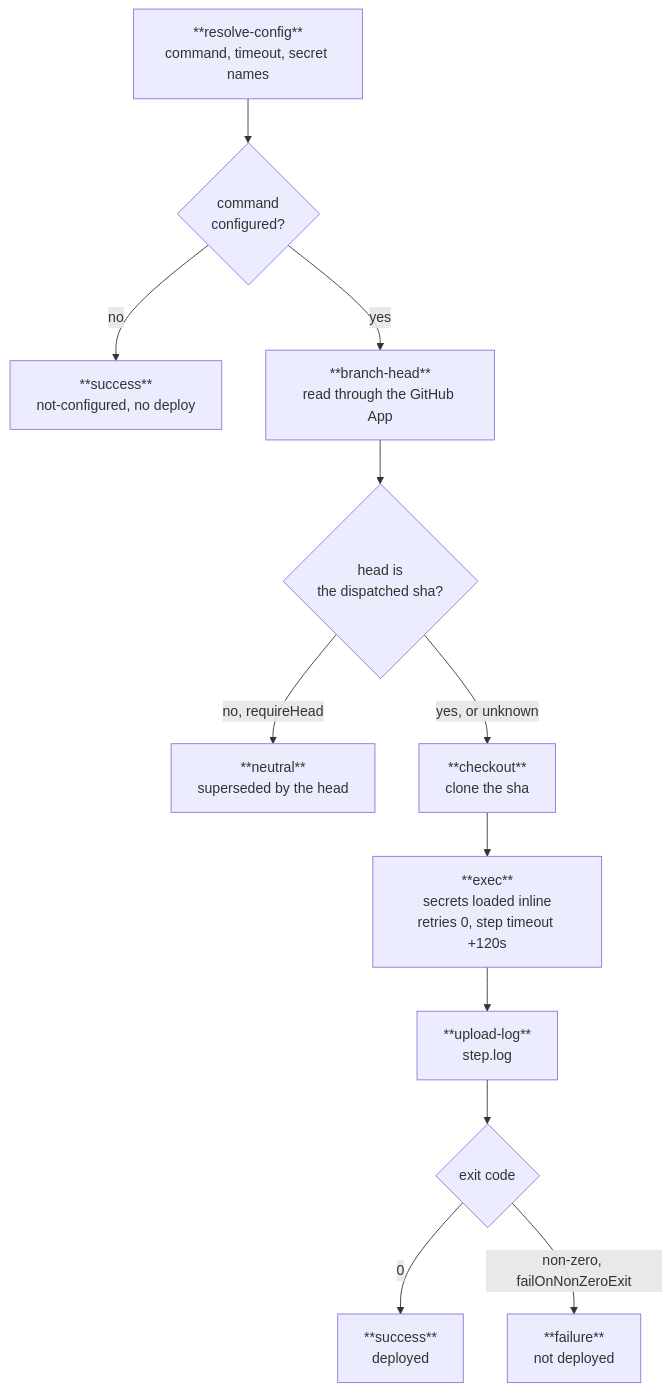
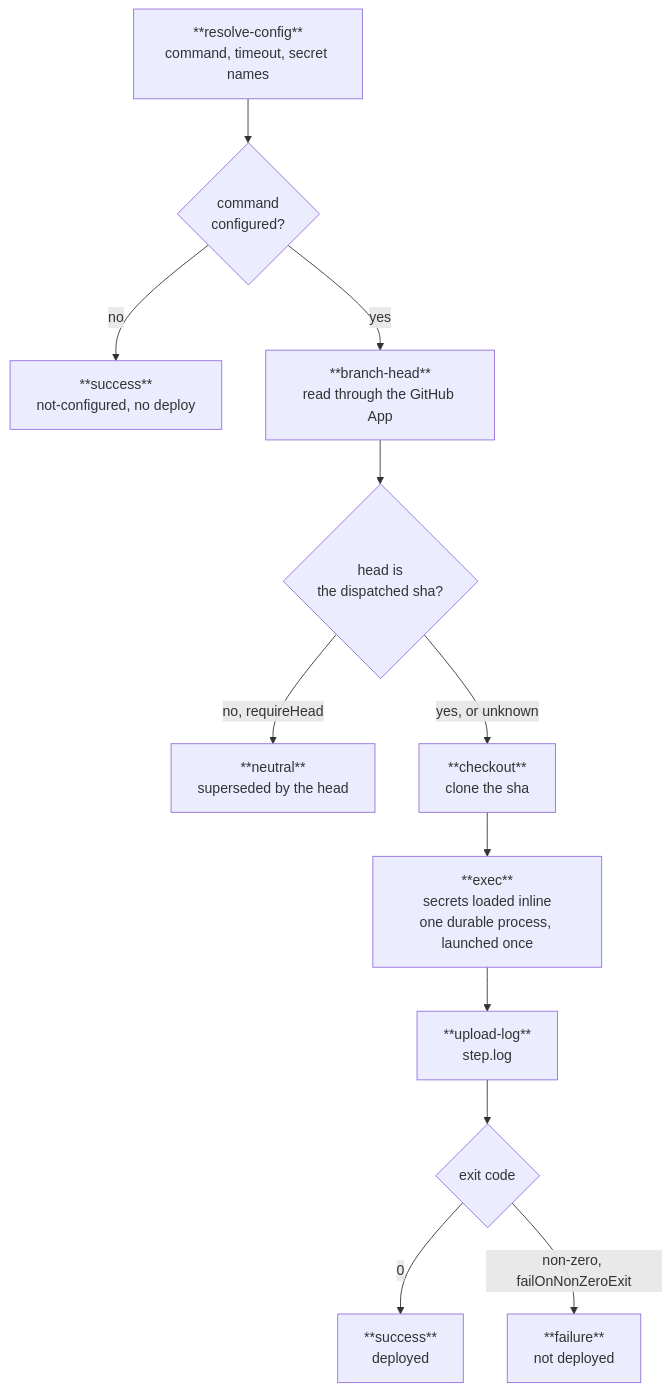
Before and after one commit to fractalboxdev/flare-dispatch: the eighth of 9 diagrams in runs/README.md, drawn with Mermaid. The commit also changed other lines of this file and 4 other files, not shown here.

````diff
--- a/runs/README.md
+++ b/runs/README.md
@@ -669,18 +676,18 @@
 ```mermaid
 flowchart TB
   accTitle: worker-deploy steps and verdicts
   resolve["**resolve-config**<br/>command, timeout, secret names"] --> cmd{"command<br/>configured?"}
   cmd -->|no| noop["**success**<br/>not-configured, no deploy"]
   cmd -->|yes| head["**branch-head**<br/>read through the GitHub App"]
   head --> is{"head is<br/>the dispatched sha?"}
   is -->|"no, requireHead"| skip["**neutral**<br/>superseded by the head"]
   is -->|"yes, or unknown"| checkout["**checkout**<br/>clone the sha"]
-  checkout --> exec["**exec**<br/>secrets loaded inline<br/>retries 0, step timeout +120s"]
+  checkout --> exec["**exec**<br/>secrets loaded inline<br/>one durable process, launched once"]
   exec --> upload["**upload-log**<br/>step.log"]
   upload --> code{"exit code"}
   code -->|0| ok["**success**<br/>deployed"]
   code -->|"non-zero, failOnNonZeroExit"| red["**failure**<br/>not deployed"]
   class noop,ok ok
   class skip muted
   class red danger
 ```
````
